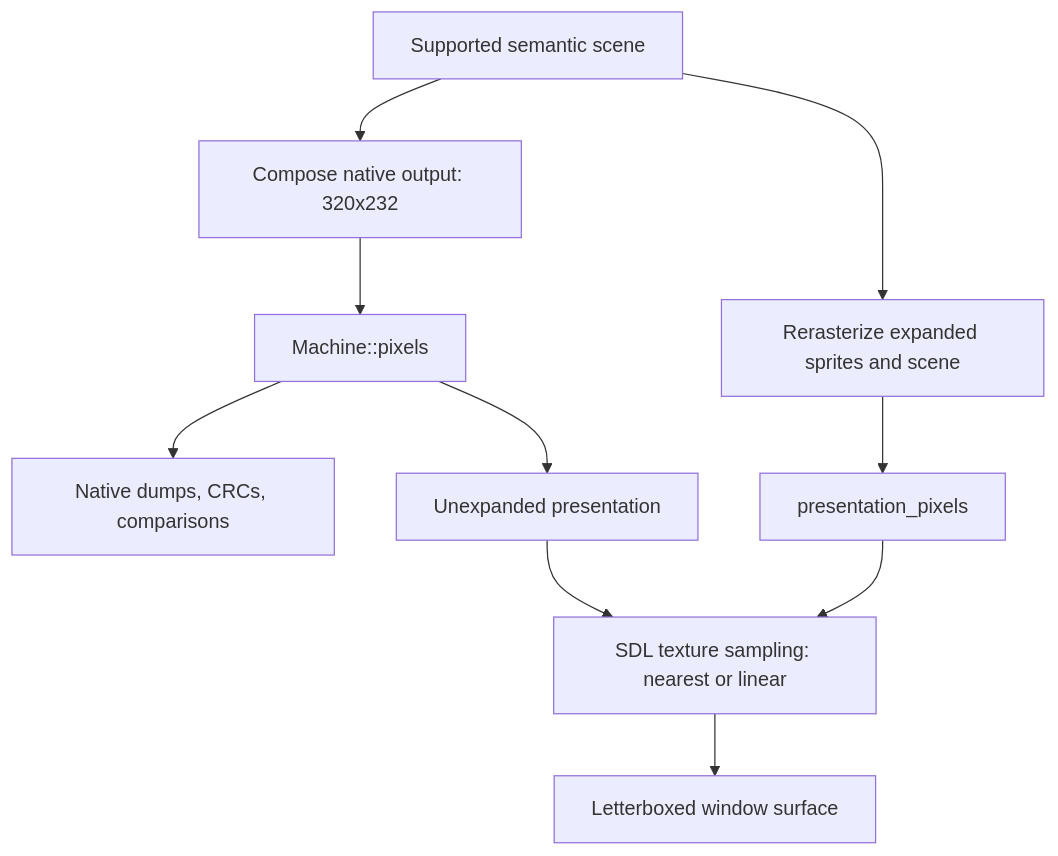
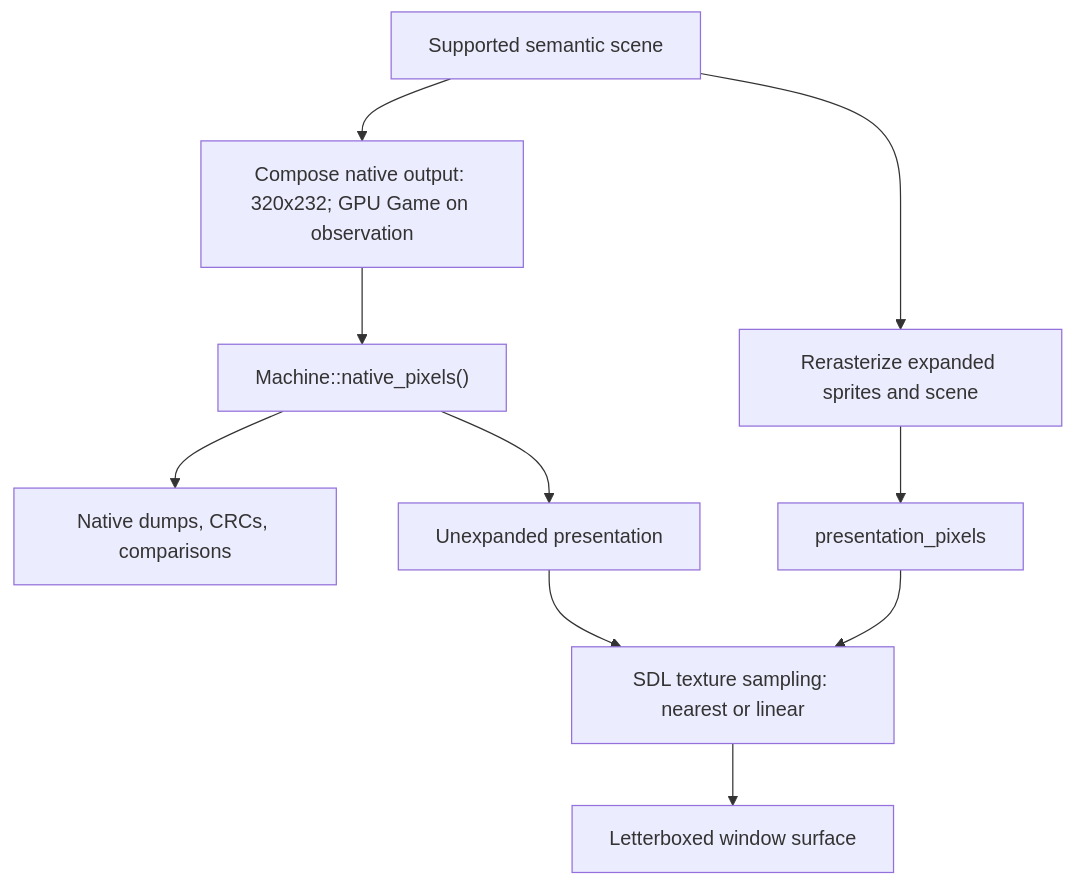
One commit to ansxor/f3-recomp changed the diagram in docs/site/developer/runtime/video/presentation.md. Above: the diagram before and after it, drawn with Mermaid. The commit also changed other lines of this file and 20 other files, not shown here.

Commit message:
perf: defer exact native composition until GPU frame observation

````diff
--- a/docs/site/developer/runtime/video/presentation.md
+++ b/docs/site/developer/runtime/video/presentation.md
@@ -78,12 +78,12 @@
 ```mermaid
 flowchart TD
-    SC["Supported semantic scene"] --> N["Compose native output: 320x232"]
+    SC["Supported semantic scene"] --> N["Compose native output: 320x232; GPU Game on observation"]
     SC --> E["Rerasterize expanded sprites and scene"]
-    N --> M["Machine::pixels"]
+    N --> M["Machine::native_pixels()"]
     M --> CAP["Native dumps, CRCs, comparisons"]
     E --> P["presentation_pixels"]
     P --> SDL["SDL texture sampling: nearest or linear"]
     M --> D["Unexpanded presentation"]
     D --> SDL
     SDL --> W["Letterboxed window surface"]
 ```
````
